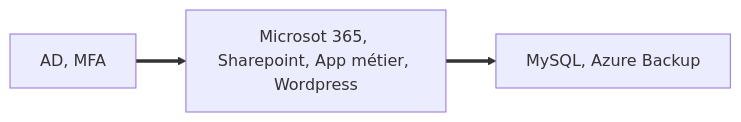
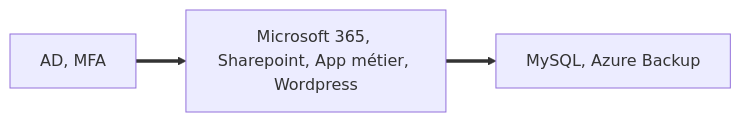
Before and after one commit to Ergeiz/Challenge-O-Clock: the diagram in SC2E02-Challenge-Consulting-Cloud-pour-PME.md, drawn with Mermaid.

Commit message:
Update SC2E02-Challenge-Consulting-Cloud-pour-PME.md
fix: corrections orthographiques

````diff
--- a/SC2E02-Challenge-Consulting-Cloud-pour-PME.md
+++ b/SC2E02-Challenge-Consulting-Cloud-pour-PME.md
@@ -213,10 +213,10 @@
 ```mermaid
 flowchart LR
 
 A["AD, MFA"]
-B["Microsot 365, Sharepoint, App métier, Wordpress"]
+B["Microsoft 365, Sharepoint, App métier, Wordpress"]
 C["MySQL, Azure Backup"]
 
 A ==> B ==> C
 
 ```
````
